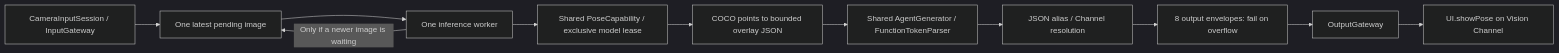
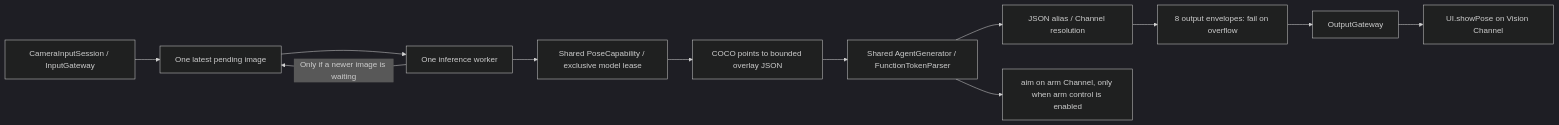
One commit to devilyouwei/MobileHarness changed the diagram in MobileHarness/Agents/Photographer/README.md. Above: the diagram before and after it, drawn with Mermaid (dark theme). The commit also changed other lines of this file and 16 other files, not shown here.

````diff
--- a/MobileHarness/Agents/Photographer/README.md
+++ b/MobileHarness/Agents/Photographer/README.md
@@ -9,13 +9,14 @@
 ```mermaid
 flowchart LR
     Gateway[CameraInputSession / InputGateway] --> Inbox[One latest pending image]
     Inbox --> Worker[One inference worker]
     Worker --> Pose[Shared PoseCapability / exclusive model lease]
     Pose --> Format[COCO points to bounded overlay JSON]
     Format --> Parser[Shared AgentGenerator / FunctionTokenParser]
     Parser --> Registry[JSON alias / Channel resolution]
     Registry --> Output[8 output envelopes: fail on overflow]
     Output --> OG[OutputGateway]
     OG --> Action[UI.showPose on Vision Channel]
+    Parser --> Aim[aim on arm Channel, only when arm control is enabled]
     Worker -->|Only if a newer image is waiting| Inbox
 ```
````
